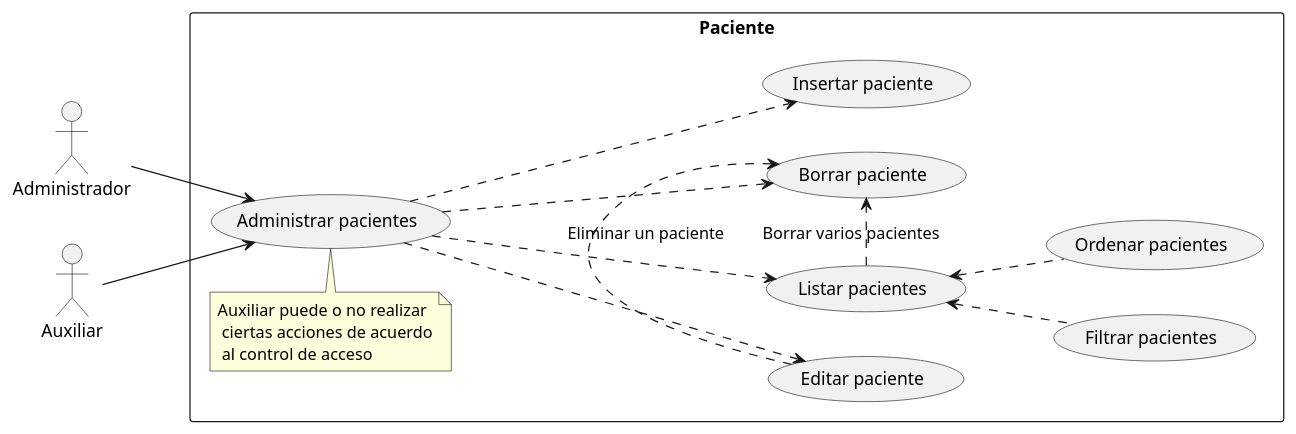
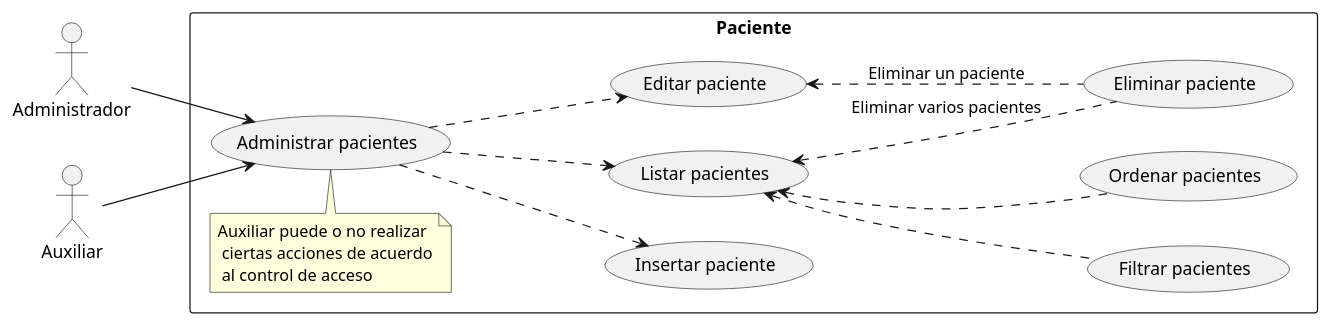
Before and after one commit to capsi-ucp/capsi-ucp.github.io: the diagram in ROOT/modules/proyecto/puml/pacientes-usecase.puml, drawn with PlantUML. The commit also changed 1 other file, not shown here.

Commit message:
Correcciones a casos de uso de pacientes

```diff
--- a/ROOT/modules/proyecto/puml/pacientes-usecase.puml
+++ b/ROOT/modules/proyecto/puml/pacientes-usecase.puml
@@ -1,30 +1,29 @@
 @startuml
 left to right direction
 actor Administrador
 actor Auxiliar
 
 rectangle Paciente {
   usecase "Insertar paciente" as C
   usecase "Listar pacientes" as R
   usecase "Editar paciente" as U
-  usecase "Borrar paciente" as D
+  usecase "Eliminar paciente" as D
   usecase "Filtrar pacientes" as Searchable
   usecase "Ordenar pacientes" as Sortable
   usecase "Administrar pacientes" as CRUD
   note "Auxiliar puede o no realizar\r\n ciertas acciones de acuerdo\r\n al control de acceso" as Acl
 }
 
 CRUD --.> C
 CRUD --.> R
 CRUD --.> U
-CRUD --.> D
 
 R <.. Searchable
 R <.. Sortable
-U .> D: "Eliminar un paciente"
-R .> D: "Borrar varios pacientes"
+U <.. D: "Eliminar un paciente"
+R <.. D: "Eliminar varios pacientes"
 
 Administrador --> CRUD
 Auxiliar --> CRUD
 Acl -> CRUD
 @enduml
```
